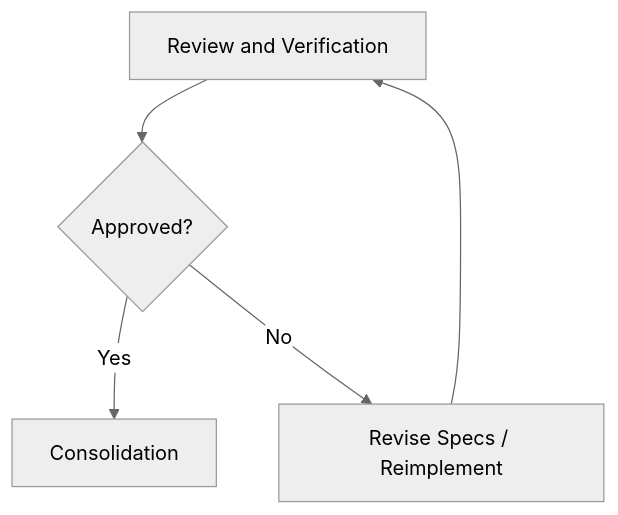
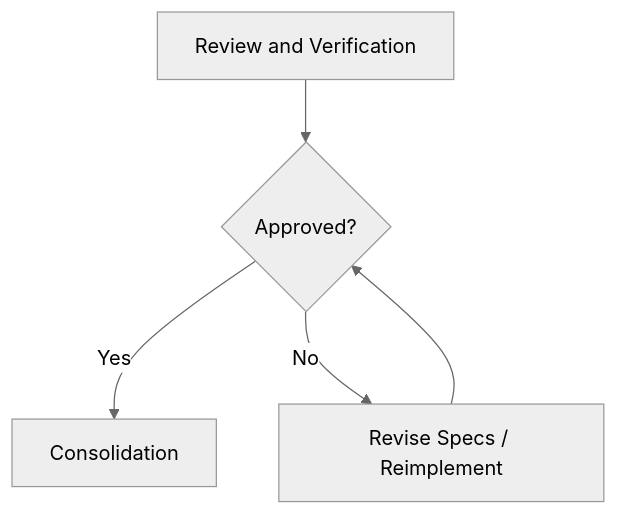
Before and after one commit to mtov/AgileSpec: the eighth of 11 diagrams in README.md, drawn with Mermaid (neutral theme).

Commit message:
docs: adjust review and verification flowchart

````diff
--- a/README.md
+++ b/README.md
@@ -360,7 +360,7 @@
 ```mermaid
 flowchart TD
     A["Review and Verification"] --> B{"Approved?"}
     B -->|Yes| C["Consolidation"]
     B -->|No| D["Revise Specs / Reimplement"]
-    D --> A
+    D --> B
 ```
````
